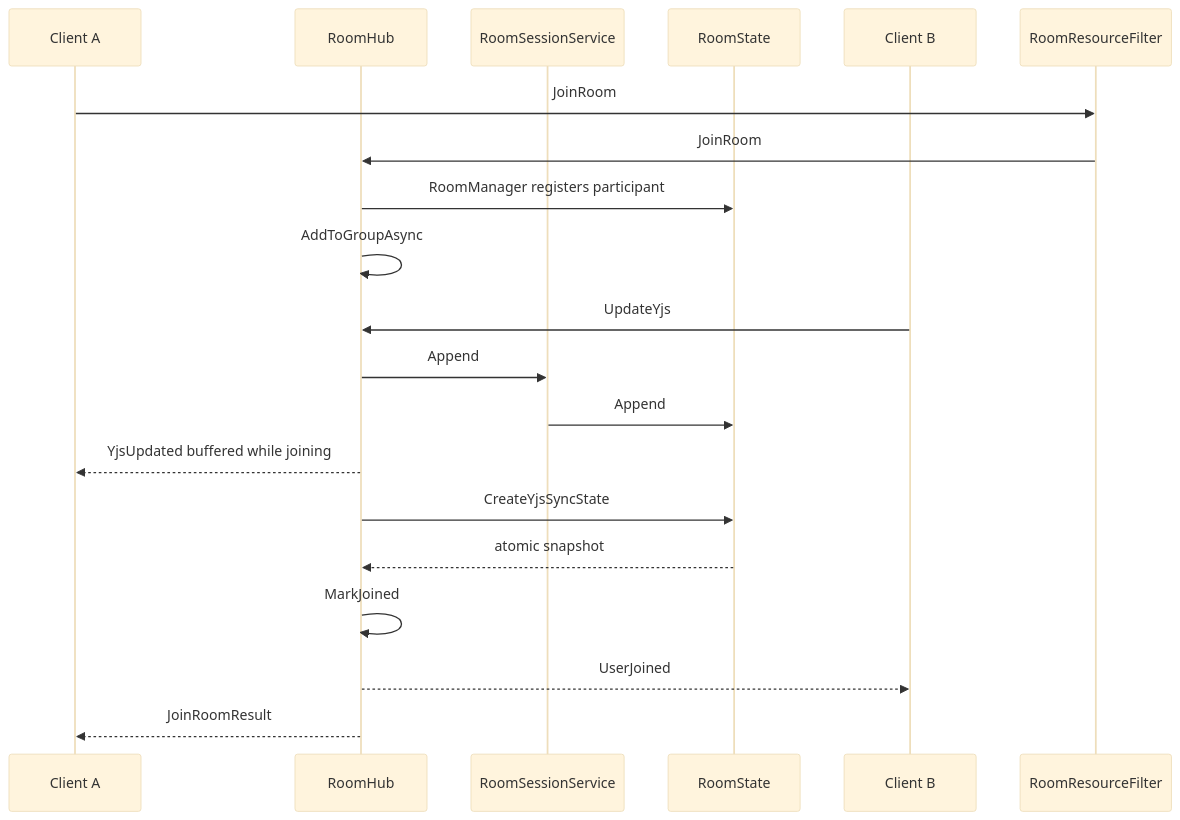
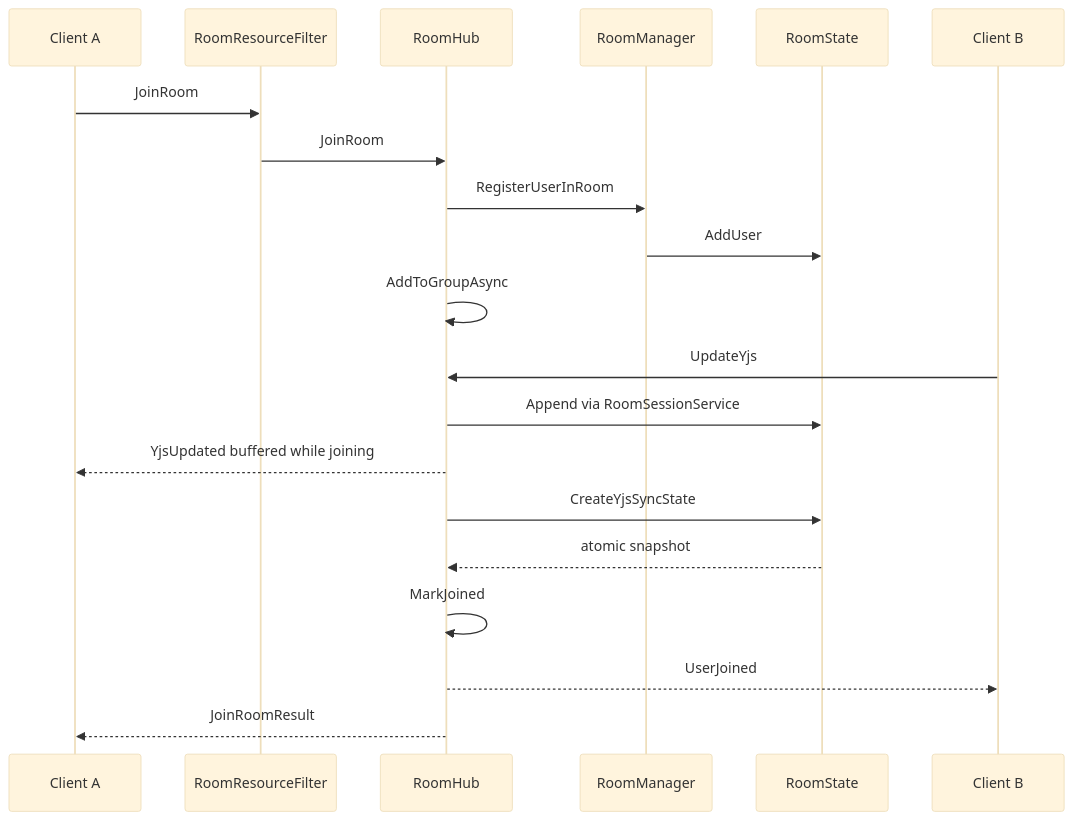
Before and after one commit to ntulenev/SealCode: the fourth of 9 diagrams in docs/backend.md, drawn with Mermaid (base theme). The commit also changed other lines of this file, not shown here.

````diff
--- a/docs/backend.md
+++ b/docs/backend.md
@@ -391,22 +427,22 @@
 ```mermaid
 sequenceDiagram
     participant A as Client A
+    participant F as RoomResourceFilter
     participant H as RoomHub
-    participant S as RoomSessionService
+    participant M as RoomManager
     participant R as RoomState
     participant B as Client B
-    participant F as RoomResourceFilter
     A->>F: JoinRoom
     F->>H: JoinRoom
-    H->>R: RoomManager registers participant
+    H->>M: RegisterUserInRoom
+    M->>R: AddUser
     H->>H: AddToGroupAsync
     B->>H: UpdateYjs
-    H->>S: Append
-    S->>R: Append
+    H->>R: Append via RoomSessionService
     H-->>A: YjsUpdated buffered while joining
     H->>R: CreateYjsSyncState
     R-->>H: atomic snapshot
     H->>H: MarkJoined
     H-->>B: UserJoined
     H-->>A: JoinRoomResult
 ```
````
